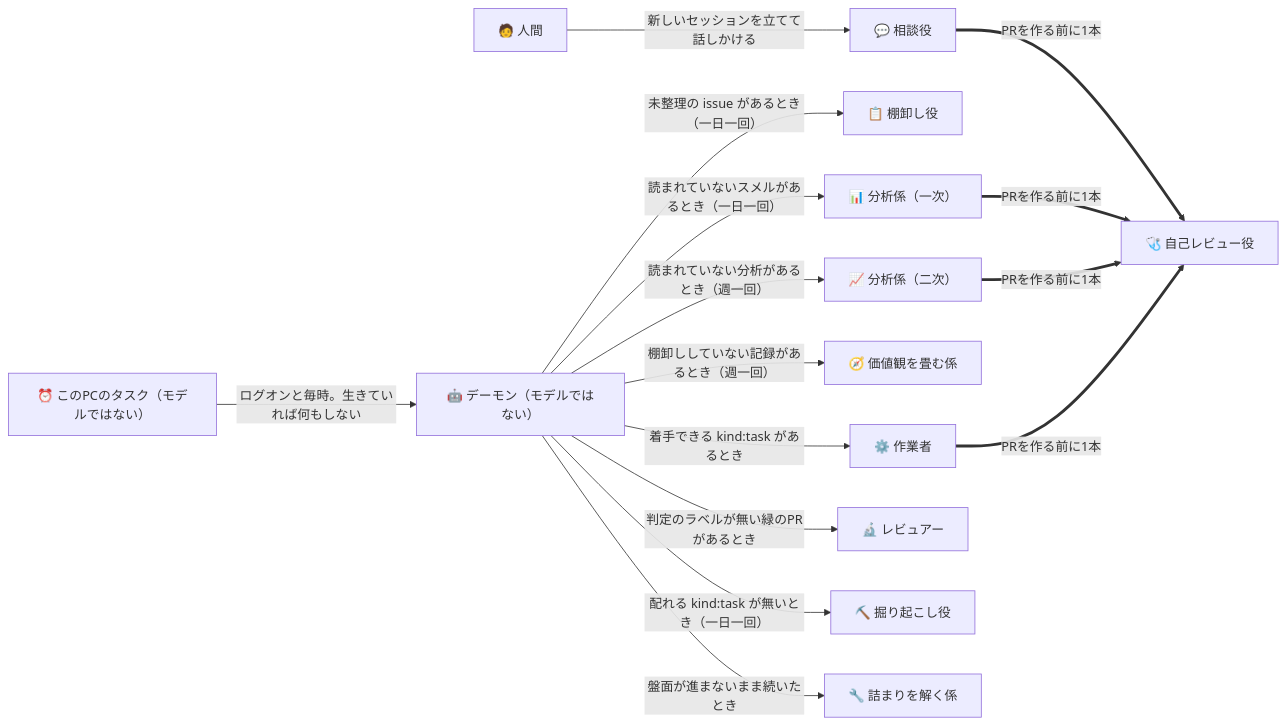
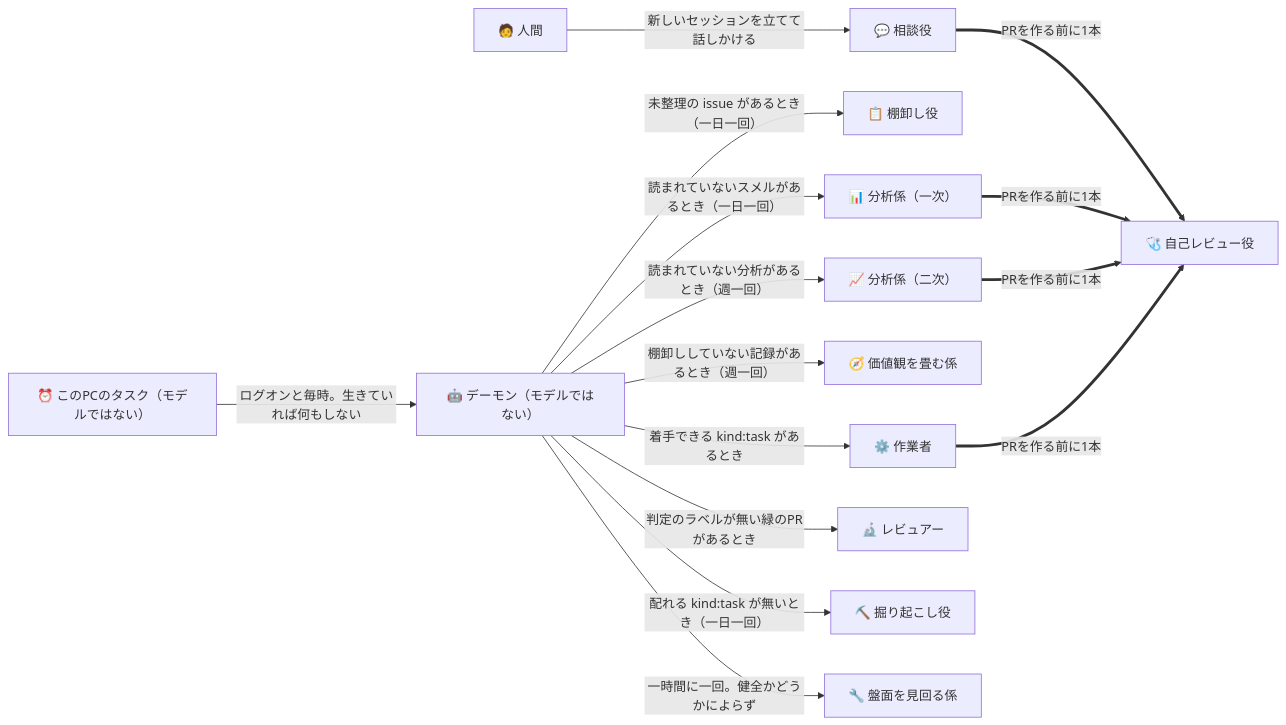
One commit to gooyyu1/UnmappedIsland changed the first of 5 diagrams in docs/ParallelAgents.md. Above: the diagram before and after it, drawn with Mermaid. The commit also changed other lines of this file and 20 other files, not shown here.

````diff
--- a/docs/ParallelAgents.md
+++ b/docs/ParallelAgents.md
@@ -29,31 +29,31 @@
 ```mermaid
 flowchart LR
     Human["🧑 人間"]
     Task["⏰ このPCのタスク（モデルではない）"]
     Daemon["🤖 デーモン（モデルではない）"]
     Adviser["💬 相談役"]
     Triage["📋 棚卸し役"]
     Analysis["📊 分析係（一次）"]
     Trend["📈 分析係（二次）"]
     Policy["🧭 価値観を畳む係"]
     Reviewer["🔬 レビュアー"]
     Worker["⚙️ 作業者"]
     SelfReview["🩺 自己レビュー役"]
     Digger["⛏️ 掘り起こし役"]
-    Unstick["🔧 詰まりを解く係"]
+    Patrol["🔧 盤面を見回る係"]
 
     Human -->|"新しいセッションを立てて話しかける"| Adviser
     Task -->|"ログオンと毎時。生きていれば何もしない"| Daemon
     Daemon -->|"未整理の issue があるとき（一日一回）"| Triage
     Daemon -->|"読まれていないスメルがあるとき（一日一回）"| Analysis
     Daemon -->|"読まれていない分析があるとき（週一回）"| Trend
     Daemon -->|"棚卸ししていない記録があるとき（週一回）"| Policy
     Daemon -->|"着手できる kind:task があるとき"| Worker
     Daemon -->|"判定のラベルが無い緑のPRがあるとき"| Reviewer
     Daemon -->|"配れる kind:task が無いとき（一日一回）"| Digger
-    Daemon -->|"盤面が進まないまま続いたとき"| Unstick
+    Daemon -->|"一時間に一回。健全かどうかによらず"| Patrol
     Worker ==>|"PRを作る前に1本"| SelfReview
     Analysis ==>|"PRを作る前に1本"| SelfReview
     Trend ==>|"PRを作る前に1本"| SelfReview
     Adviser ==>|"PRを作る前に1本"| SelfReview
 ```
````
